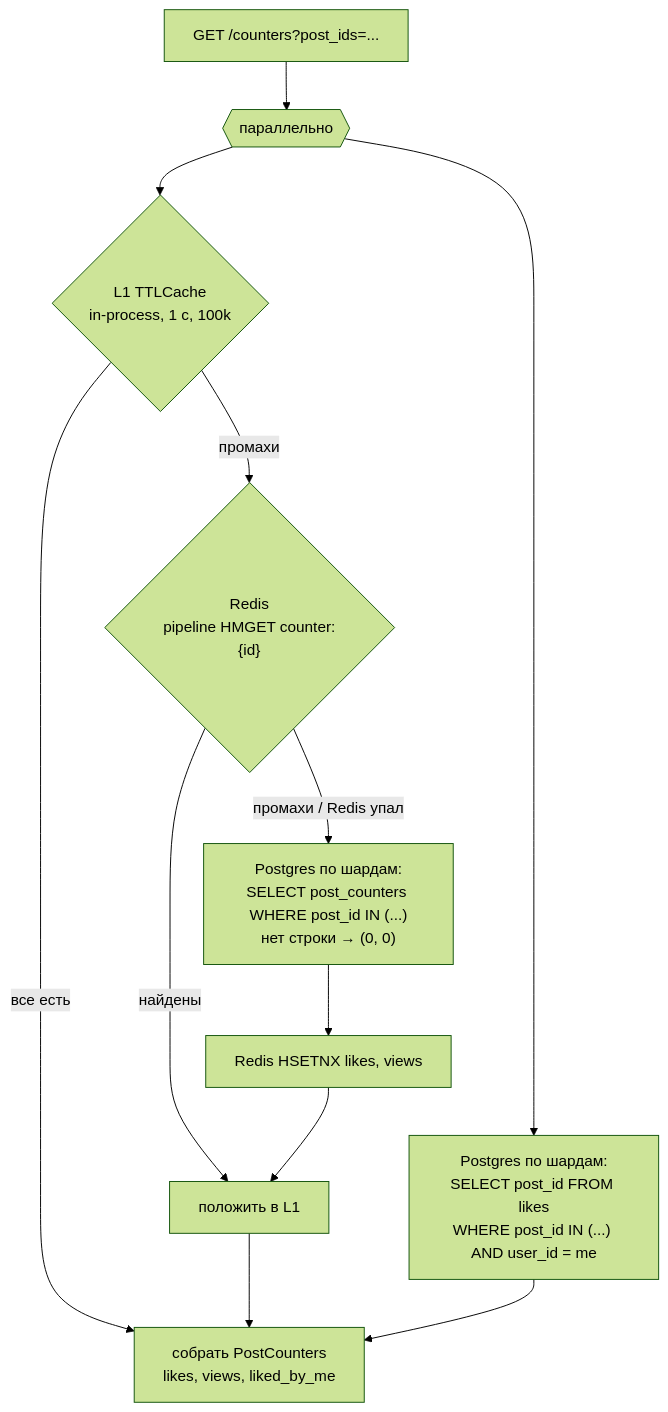
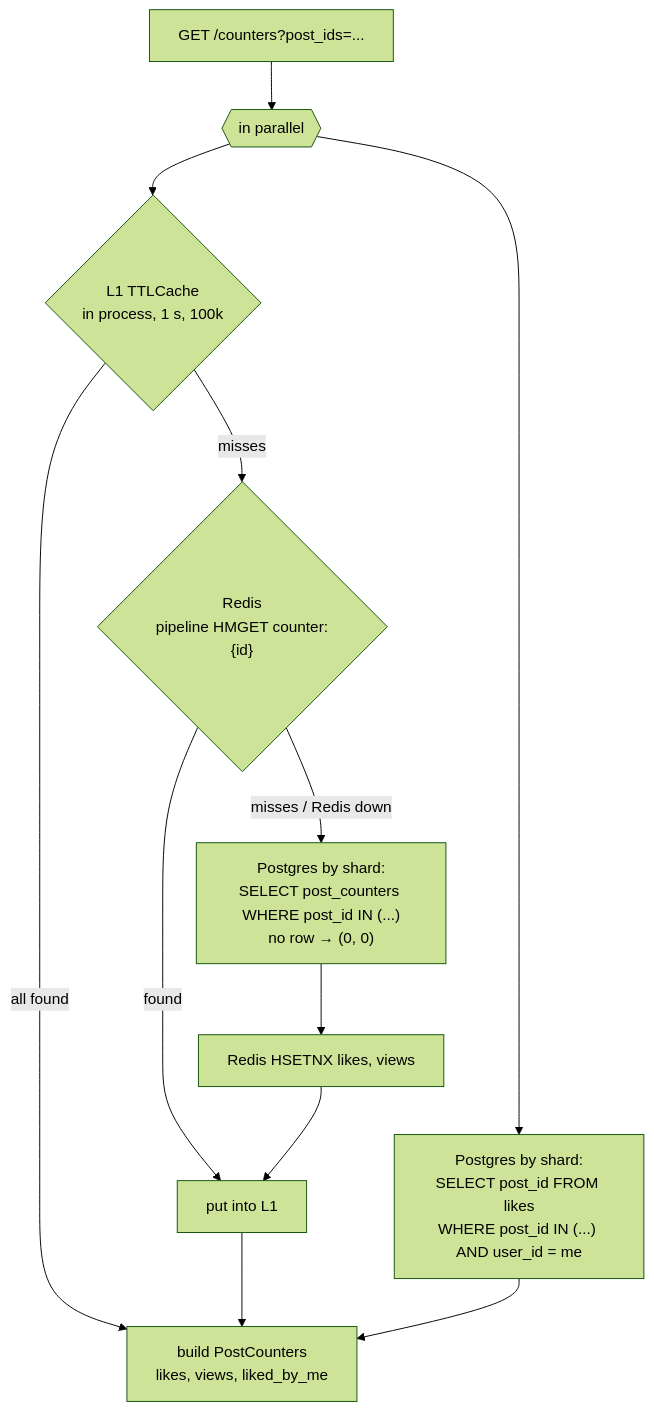
One commit to elitekbtu/highload-backend changed the fifth of 8 diagrams in sis2/README.md. Above: the diagram before and after it, drawn with Mermaid (forest theme). The commit also changed other lines of this file and 61 other files, not shown here.

````diff
--- a/sis2/README.md
+++ b/sis2/README.md
@@ -189,18 +193,18 @@
 ```mermaid
 flowchart TD
-    req["GET /counters?post_ids=..."] --> par{{параллельно}}
+    req["GET /counters?post_ids=..."] --> par{{in parallel}}
 
-    par --> l1{"L1 TTLCache<br/>in-process, 1 с, 100k"}
-    l1 -- все есть --> merge
-    l1 -- промахи --> r{"Redis<br/>pipeline HMGET counter:{id}"}
-    r -- найдены --> putl1
-    r -- промахи / Redis упал --> db["Postgres по шардам:<br/>SELECT post_counters WHERE post_id IN (...)<br/>нет строки → (0, 0)"]
+    par --> l1{"L1 TTLCache<br/>in process, 1 s, 100k"}
+    l1 -- all found --> merge
+    l1 -- misses --> r{"Redis<br/>pipeline HMGET counter:{id}"}
+    r -- found --> putl1
+    r -- misses / Redis down --> db["Postgres by shard:<br/>SELECT post_counters WHERE post_id IN (...)<br/>no row → (0, 0)"]
     db --> fill["Redis HSETNX likes, views"]
-    fill --> putl1["положить в L1"]
+    fill --> putl1["put into L1"]
     putl1 --> merge
 
-    par --> liked["Postgres по шардам:<br/>SELECT post_id FROM likes<br/>WHERE post_id IN (...) AND user_id = me"]
+    par --> liked["Postgres by shard:<br/>SELECT post_id FROM likes<br/>WHERE post_id IN (...) AND user_id = me"]
     liked --> merge
 
-    merge["собрать PostCounters<br/>likes, views, liked_by_me"]
+    merge["build PostCounters<br/>likes, views, liked_by_me"]
 ```
````
